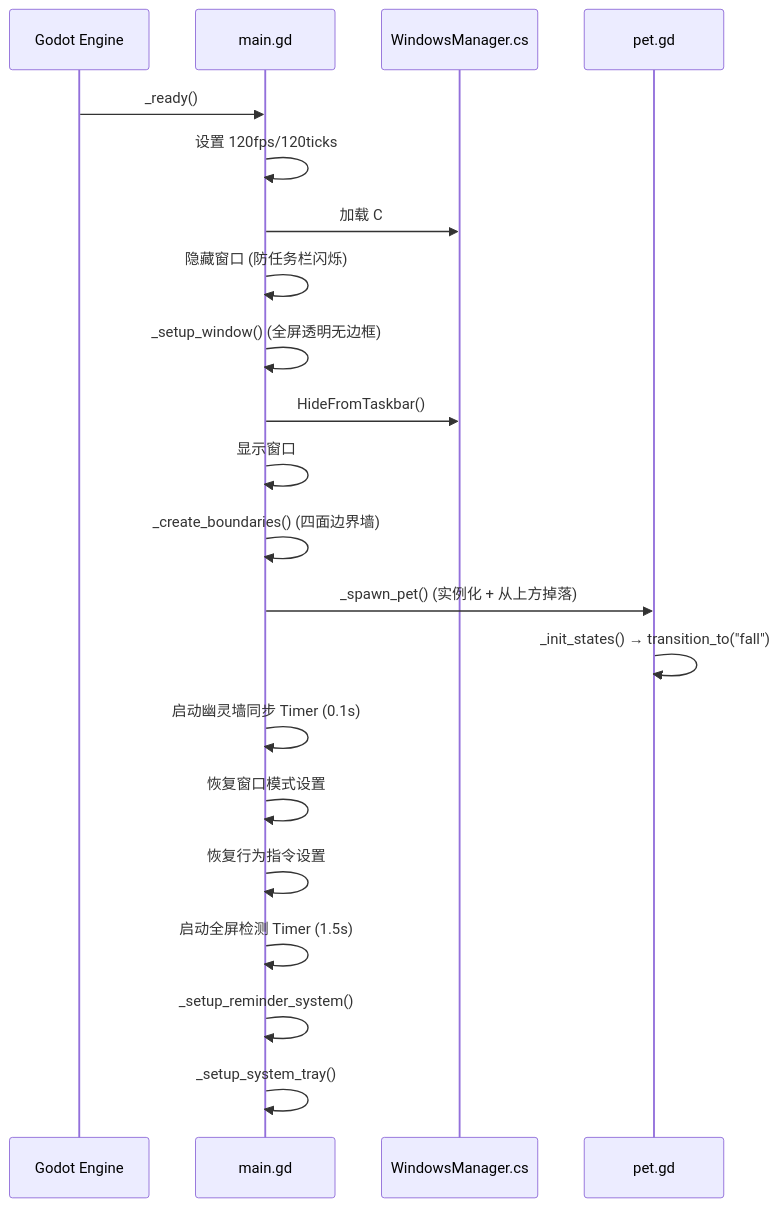
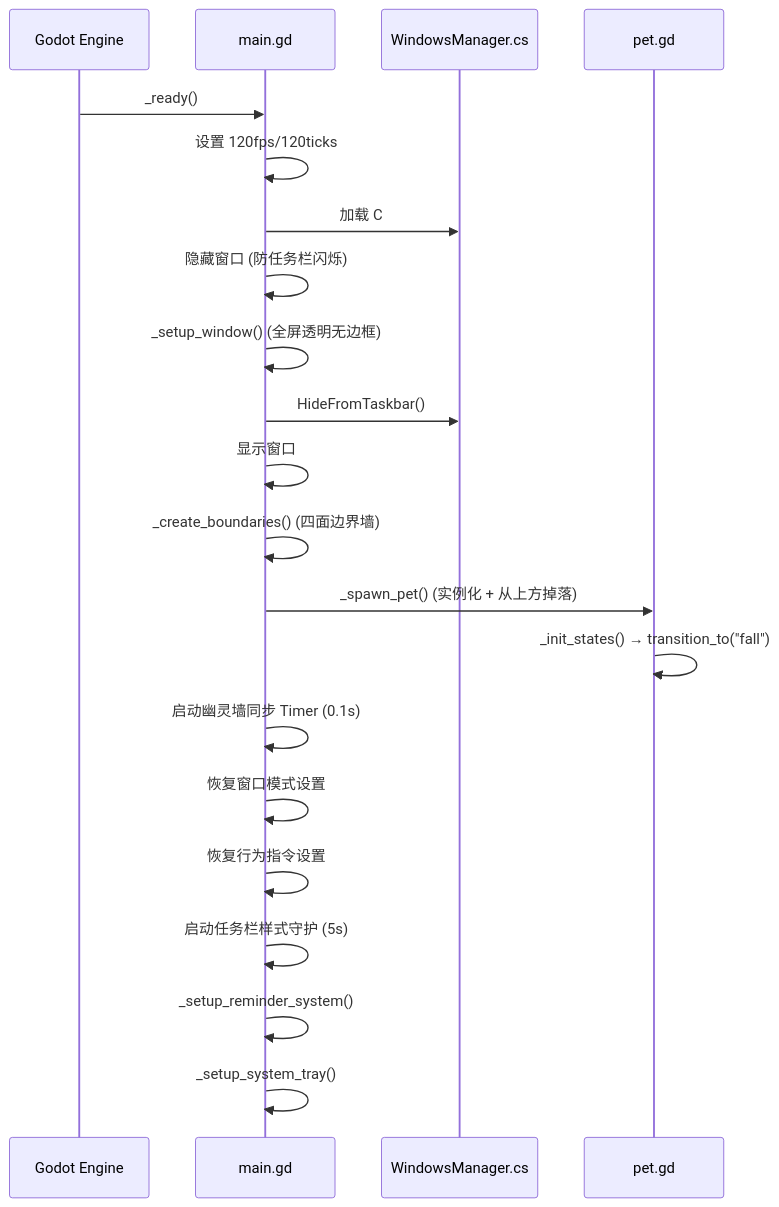
One commit to NightMin2002/GodotDesktopPet changed the second of 3 diagrams in docs/01_项目架构.md. Above: the diagram before and after it, drawn with Mermaid. The commit also changed other lines of this file and 9 other files, not shown here.

````diff
--- a/docs/01_项目架构.md
+++ b/docs/01_项目架构.md
@@ -196,24 +196,24 @@
 ```mermaid
 sequenceDiagram
     participant G as Godot Engine
     participant M as main.gd
     participant W as WindowsManager.cs
     participant P as pet.gd
 
     G->>M: _ready()
     M->>M: 设置 120fps/120ticks
     M->>W: 加载 C# 桥接 + BoostProcessPriority()
     M->>M: 隐藏窗口 (防任务栏闪烁)
     M->>M: _setup_window() (全屏透明无边框)
     M->>W: HideFromTaskbar()
     M->>M: 显示窗口
     M->>M: _create_boundaries() (四面边界墙)
     M->>P: _spawn_pet() (实例化 + 从上方掉落)
     P->>P: _init_states() → transition_to("fall")
     M->>M: 启动幽灵墙同步 Timer (0.1s)
     M->>M: 恢复窗口模式设置
     M->>M: 恢复行为指令设置
-    M->>M: 启动全屏检测 Timer (1.5s)
+    M->>M: 启动任务栏样式守护 (5s)
     M->>M: _setup_reminder_system()
     M->>M: _setup_system_tray()
 ```
````
